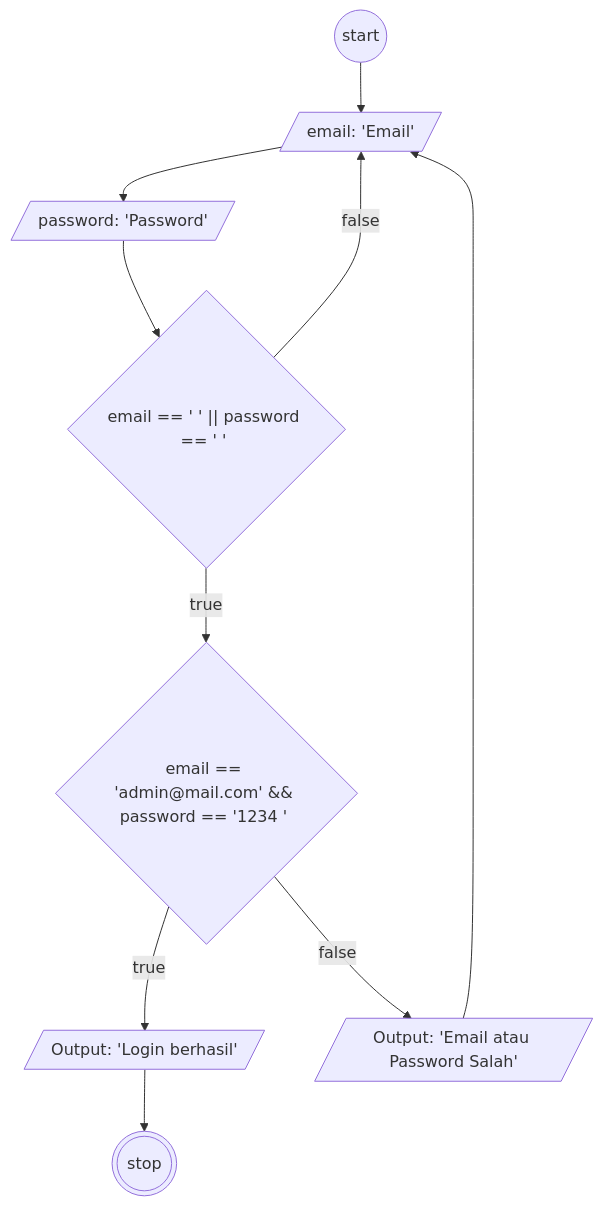
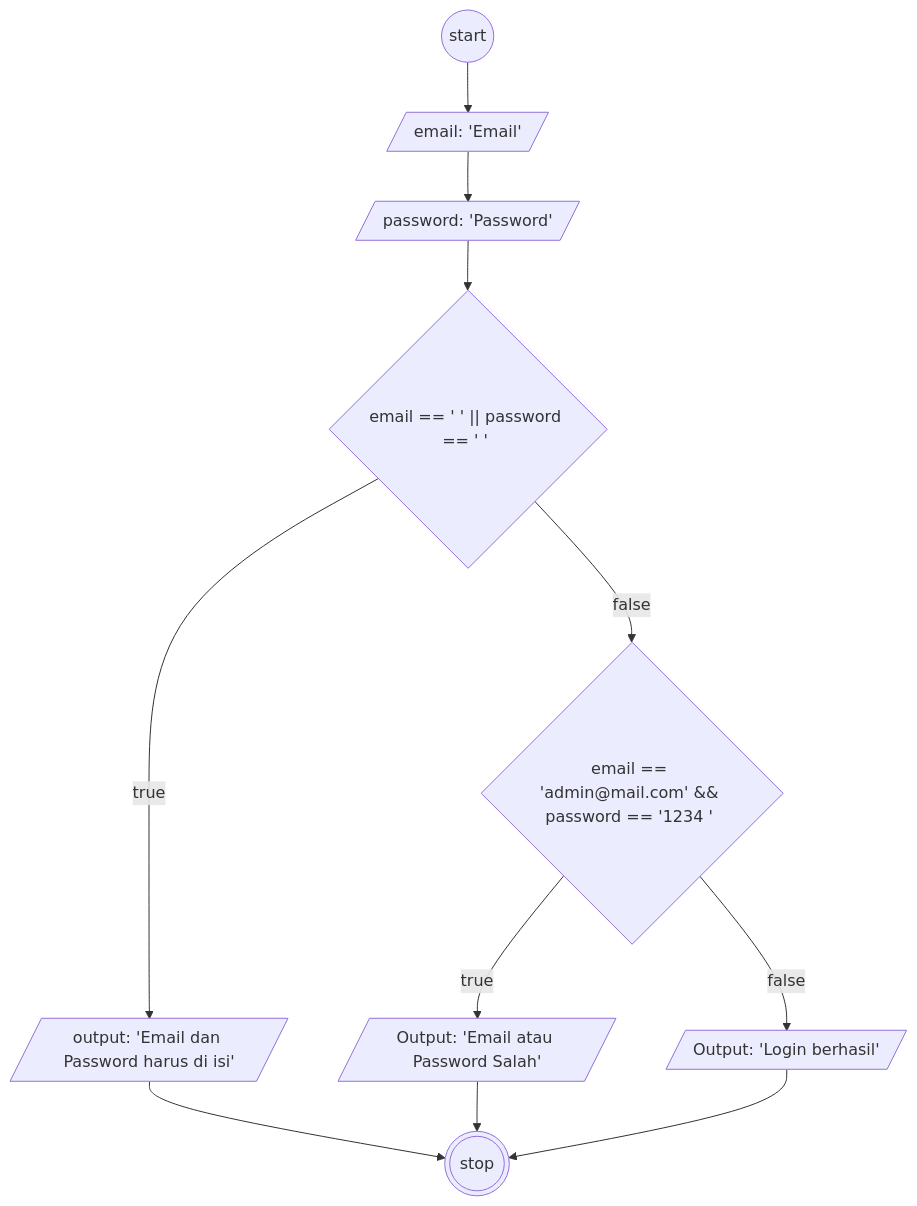
One commit to AbiPasundan/koda-b6-algoritma changed the diagram in flowchart-email-password.md. Above: the diagram before and after it, drawn with Mermaid. The commit also changed other lines of this file, not shown here.

````diff
--- a/flowchart-email-password.md
+++ b/flowchart-email-password.md
@@ -1,18 +11,19 @@
 ```mermaid
 flowchart TB
  A@{ shape: circ, label: "start"} 
  B@{ shape: lean-r, label: "email: 'Email'"}
  C@{ shape: lean-r, label: "password: 'Password'"}
  D@{ shape: diamond, label: "email == ' ' || password == ' ' "}
+ X@{ shape: lean-r, label: "output: 'Email dan Password harus di isi'"}
  E@{ shape: diamond , label: "email == 'admin@mail.com' && password == '1234 ' "}
  F@{ shape: lean-r, label: "Output: 'Login berhasil'"}
  G@{ shape: lean-r, label: "Output: 'Email atau Password Salah'"}
  Z@{ shape: dbl-circ, label: "stop"}
 
 
 A-->B-->C-->D
-D-->|false|B
-D-->|true|E
-E-->|false|G-->B
-E-->|true|F-->Z
+D-->|true|X-->Z
+D-->|false|E
+E-->|true|G-->Z
+E-->|false|F-->Z
 ```
````
